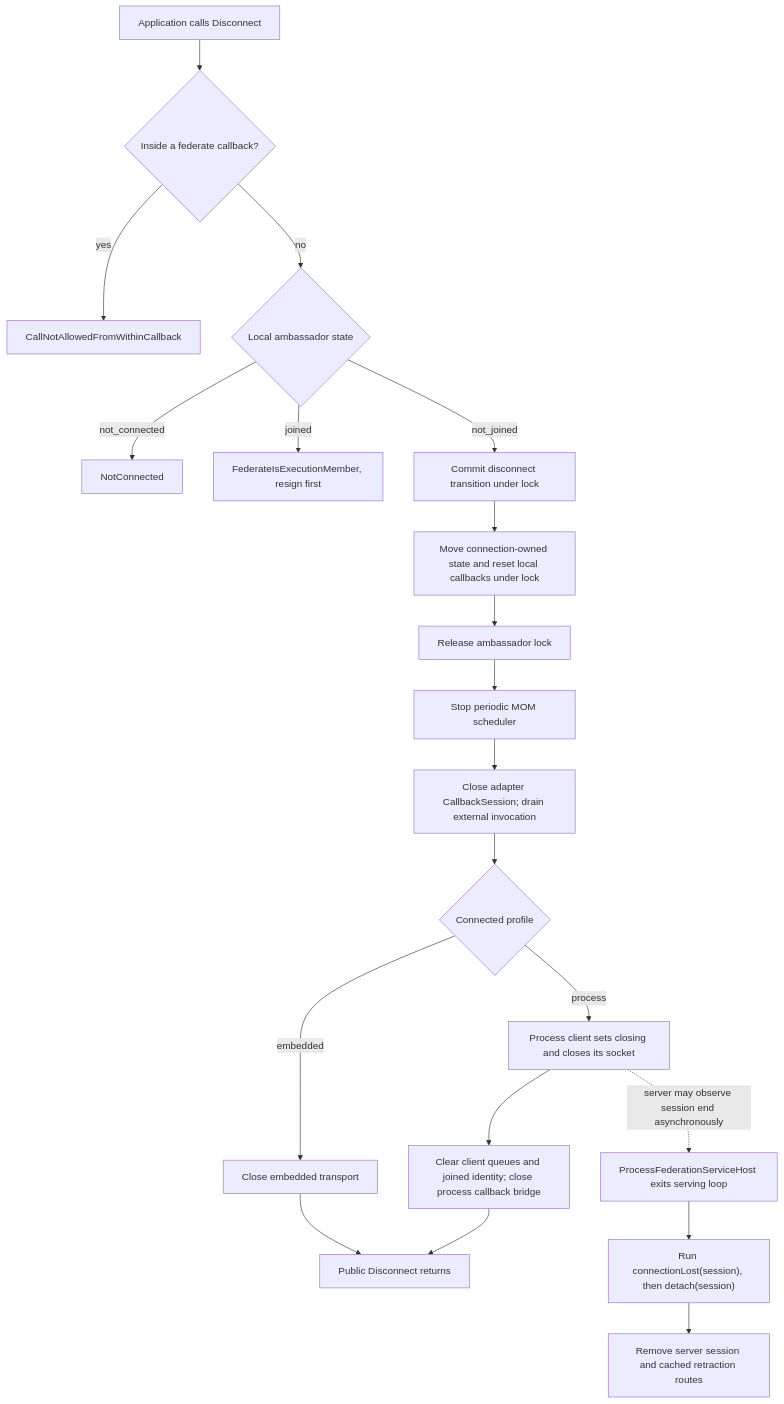
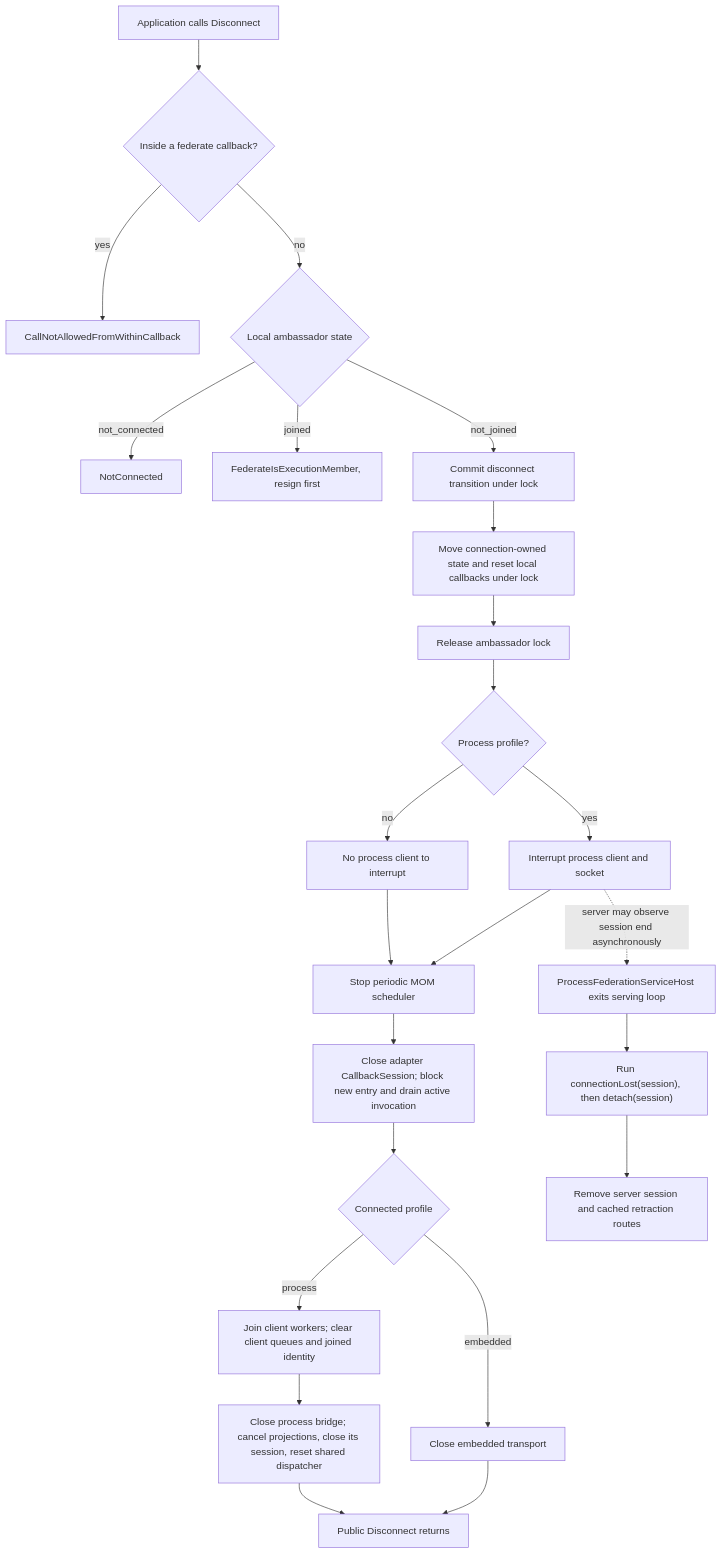
Before and after one commit to sheepfling/umbra: the fifth of 6 diagrams in docs/design/HLA-2025-CONNECTION-AND-CONFIGURATION-FLOW-GUIDE.md, drawn with Mermaid. The commit also changed other lines of this file and 39 other files, not shown here.

Commit message:
Document IEEE 1516.1-2025 behavior flows

````diff
--- a/docs/design/HLA-2025-CONNECTION-AND-CONFIGURATION-FLOW-GUIDE.md
+++ b/docs/design/HLA-2025-CONNECTION-AND-CONFIGURATION-FLOW-GUIDE.md
@@ -201,22 +303,26 @@
 ```mermaid
 flowchart TD
     A["Application calls Disconnect"] --> B{"Inside a federate callback?"}
     B -- "yes" --> C["CallNotAllowedFromWithinCallback"]
     B -- "no" --> D{"Local ambassador state"}
     D -- "not_connected" --> E["NotConnected"]
     D -- "joined" --> F["FederateIsExecutionMember, resign first"]
     D -- "not_joined" --> G["Commit disconnect transition under lock"]
     G --> H["Move connection-owned state and reset local callbacks under lock"]
     H --> I["Release ambassador lock"]
-    I --> J["Stop periodic MOM scheduler"]
-    J --> K["Close adapter CallbackSession; drain external invocation"]
-    K --> L{"Connected profile"}
-    L -- "embedded" --> M["Close embedded transport"]
-    L -- "process" --> N["Process client sets closing and closes its socket"]
-    N --> O["Clear client queues and joined identity; close process callback bridge"]
-    M --> P["Public Disconnect returns"]
-    O --> P
-    N -. "server may observe session end asynchronously" .-> Q["ProcessFederationServiceHost exits serving loop"]
-    Q --> R["Run connectionLost(session), then detach(session)"]
-    R --> S["Remove server session and cached retraction routes"]
+    I --> J{"Process profile?"}
+    J -- "yes" --> K["Interrupt process client and socket"]
+    J -- "no" --> L["No process client to interrupt"]
+    K --> M["Stop periodic MOM scheduler"]
+    L --> M
+    M --> N["Close adapter CallbackSession; block new entry and drain active invocation"]
+    N --> O{"Connected profile"}
+    O -- "embedded" --> P["Close embedded transport"]
+    O -- "process" --> Q["Join client workers; clear client queues and joined identity"]
+    Q --> R["Close process bridge; cancel projections, close its session, reset shared dispatcher"]
+    P --> S["Public Disconnect returns"]
+    R --> S
+    K -. "server may observe session end asynchronously" .-> T["ProcessFederationServiceHost exits serving loop"]
+    T --> U["Run connectionLost(session), then detach(session)"]
+    U --> V["Remove server session and cached retraction routes"]
 ```
````
